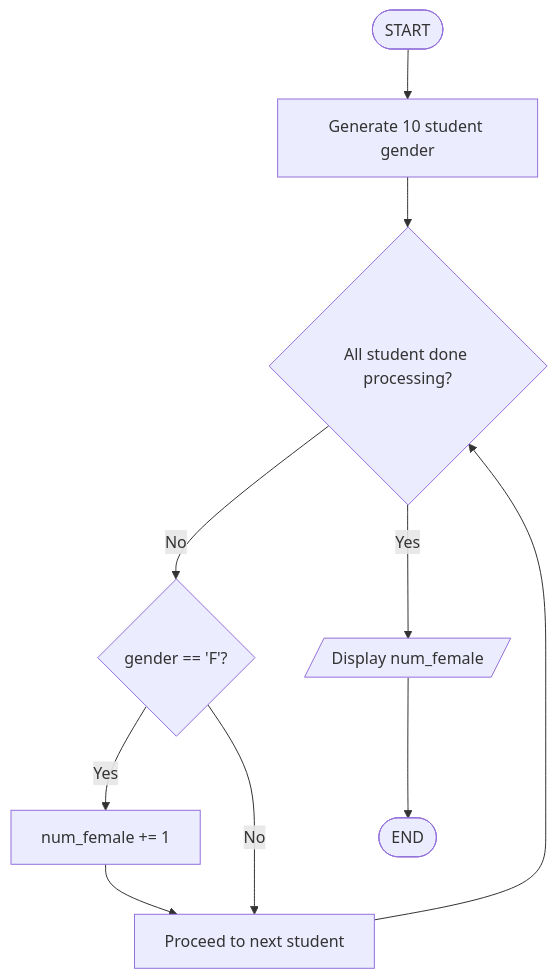
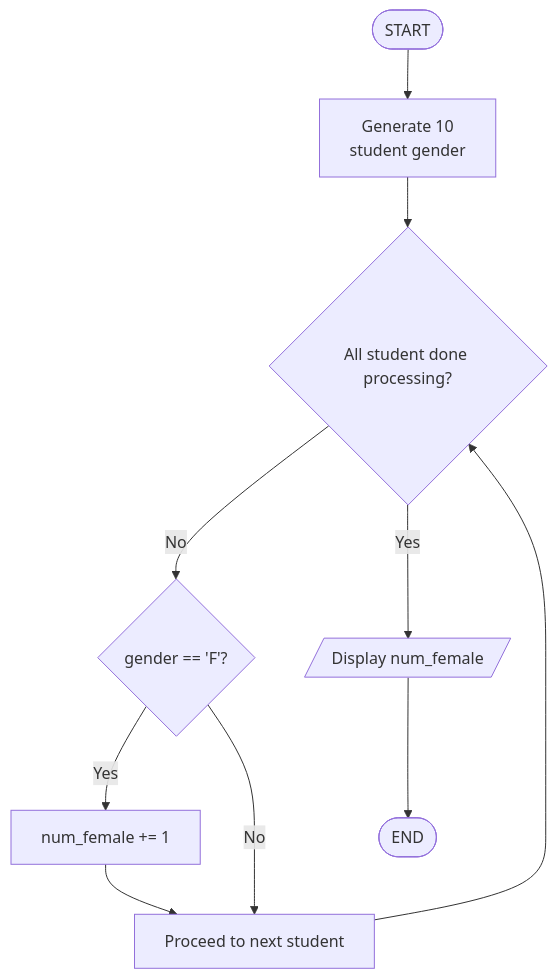
Before and after one commit to Tay25006739/WIX1002_W02_Tutorial_1: the tenth of 12 diagrams in README.md, drawn with Mermaid. The commit also changed other lines of this file, not shown here.

Commit message:
Realign flow chart, making words visible

````diff
--- a/README.md
+++ b/README.md
@@ -295,12 +295,12 @@
 ```mermaid
 flowchart TD
-    A([START]) --> B[Generate 10 student gender]
+    A([START]) --> B[Generate 10 <br> student gender]
     B --> C{All student done processing?}
     C --> |No| D{gender == 'F'?}
     D --> |Yes| E[num_female += 1]
     D --> |No| G[Proceed to next student]
     E --> G
     G --> C
     C --> |Yes| F[/Display num_female/]
     F --> H([END])
 ```
````
